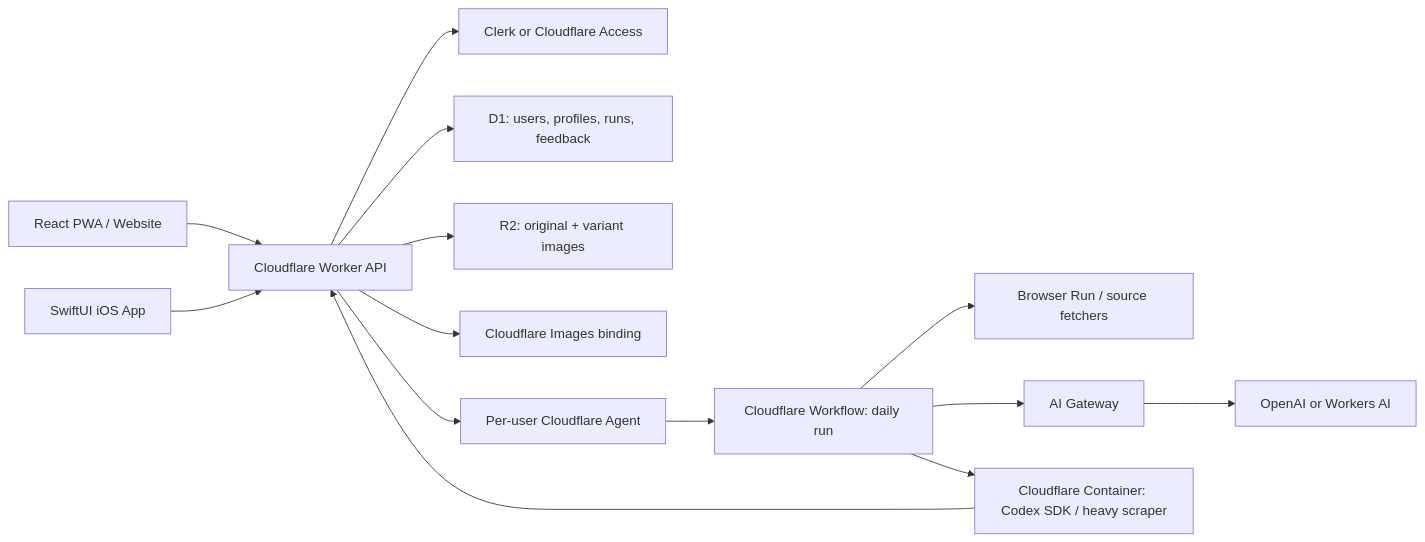
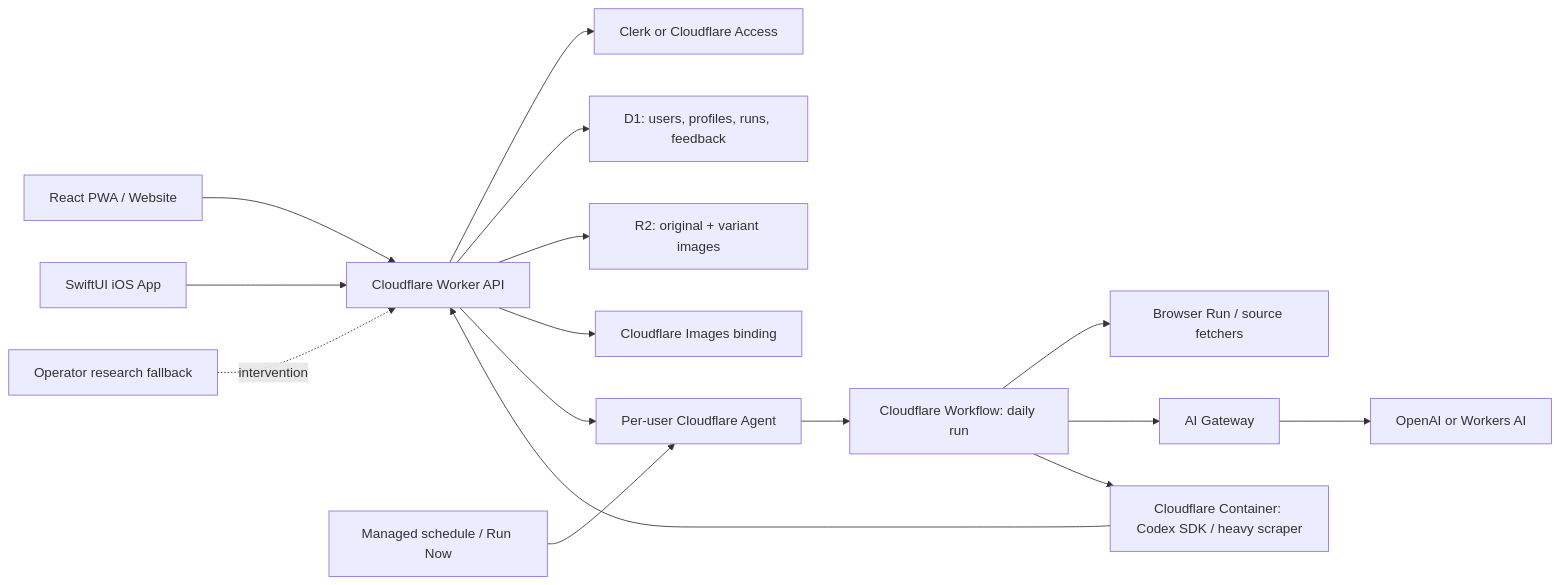
The diagram in docs/friends-platform-plan.md (joncooper/beachcar), drawn with Mermaid before and after one commit. The commit also changed other lines of this file and 60 other files, not shown here.

````diff
--- a/docs/friends-platform-plan.md
+++ b/docs/friends-platform-plan.md
@@ -138,16 +138,18 @@
 ```mermaid
 flowchart LR
   Web["React PWA / Website"] --> Worker["Cloudflare Worker API"]
   iOS["SwiftUI iOS App"] --> Worker
   Worker --> Auth["Clerk or Cloudflare Access"]
   Worker --> D1["D1: users, profiles, runs, feedback"]
   Worker --> R2["R2: original + variant images"]
   Worker --> Images["Cloudflare Images binding"]
+  Schedule["Managed schedule / Run Now"] --> Agent
   Worker --> Agent["Per-user Cloudflare Agent"]
   Agent --> Workflow["Cloudflare Workflow: daily run"]
   Workflow --> Browser["Browser Run / source fetchers"]
   Workflow --> Gateway["AI Gateway"]
   Gateway --> OpenAI["OpenAI or Workers AI"]
   Workflow --> Container["Cloudflare Container: Codex SDK / heavy scraper"]
   Container --> Worker
+  Fallback["Operator research fallback"] -. intervention .-> Worker
 ```
````
